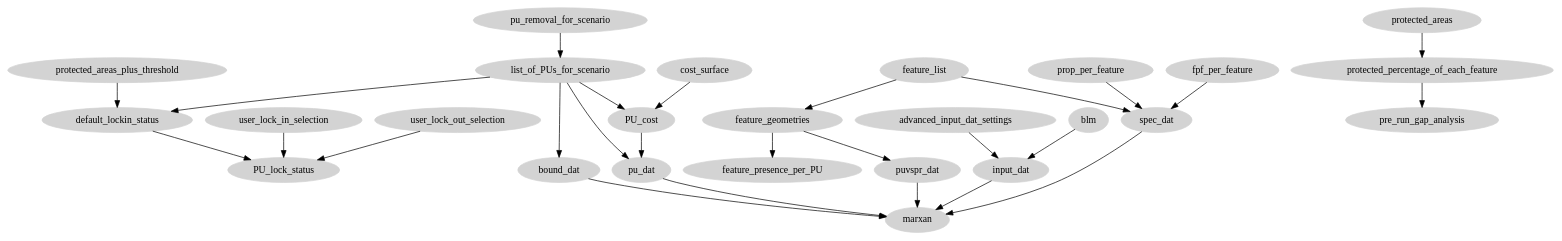
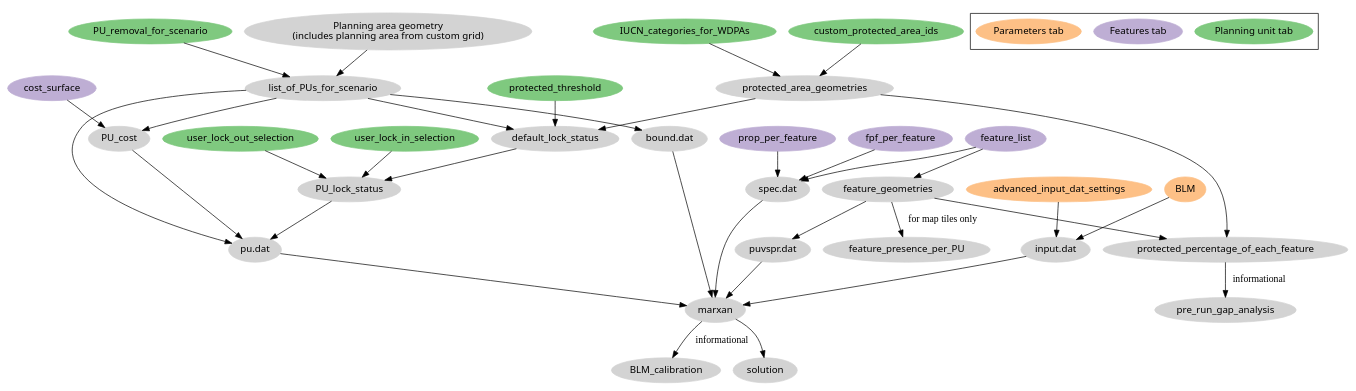
One commit to Vizzuality/marxan-cloud changed the diagram in data/notebooks/Lab/data-dependencies/current.dot. Above: the diagram before and after it, drawn with Graphviz.

Commit message:
add more details to/fix dependencies

```diff
--- a/data/notebooks/Lab/data-dependencies/current.dot
+++ b/data/notebooks/Lab/data-dependencies/current.dot
@@ -1,44 +1,85 @@
 digraph G {
-  node [style=filled; color=lightgrey;];
+  node [fontname=sans; style=filled; color=lightgrey;];
+  pu_dat [label="pu.dat"]
+  spec_dat [label="spec.dat"]
+  puvspr_dat [label="puvspr.dat"]
+  bound_dat [label="bound.dat"]
+  input_dat [label="input.dat"]
 
-  protected_areas_plus_threshold -> default_lockin_status // also PU protected status
-  protected_areas -> protected_percentage_of_each_feature
-  protected_percentage_of_each_feature -> pre_run_gap_analysis // check if is persisted
+  subgraph cluster_legend {
+    planning_unit_tab  [color="/accent7/1", label="Planning unit tab"]
+    features_tab  [color="/accent7/2", label="Features tab"]
+    parameters_tab  [color="/accent7/3", label="Parameters tab"]
+  }
+
+  subgraph marxan_flow {
+  user_lock_in_selection [color="/accent7/1"]
+  user_lock_out_selection [color="/accent7/1"]
+
+  IUCN_categories_for_WDPAs [color="/accent7/1"]
+  custom_protected_area_ids [color="/accent7/1"]
+  protected_threshold [color="/accent7/1"]
+  PU_removal_for_scenario [color="/accent7/1"]
+
+  cost_surface [color="/accent7/2"]
+  feature_list [color="/accent7/2"]
+  fpf_per_feature [color="/accent7/2"]
+  prop_per_feature [color="/accent7/2"]
+
+  advanced_input_dat_settings [color="/accent7/3"]
+  BLM [color="/accent7/3"]
+
+  IUCN_categories_for_WDPAs -> protected_area_geometries
+  custom_protected_area_ids -> protected_area_geometries
+
+  protected_area_geometries -> default_lock_status // also PU protected status
+  protected_threshold -> default_lock_status
+  list_of_PUs_for_scenario -> default_lock_status
+
+  protected_area_geometries -> protected_percentage_of_each_feature
+  // @check if this is persisted
+  protected_percentage_of_each_feature -> pre_run_gap_analysis [label="informational"]
 
   feature_list -> feature_geometries
   feature_geometries -> puvspr_dat
   feature_list -> spec_dat
   prop_per_feature -> spec_dat // @todo avoid geo recalculations
   fpf_per_feature -> spec_dat // @todo avoid geo recalculations
 
-  feature_geometries -> feature_presence_per_PU
+  feature_geometries -> feature_presence_per_PU [label="for map tiles only"]
+  feature_geometries -> protected_percentage_of_each_feature
 
-  default_lockin_status -> PU_lock_status
+  default_lock_status -> PU_lock_status
   user_lock_in_selection -> PU_lock_status
   user_lock_out_selection -> PU_lock_status
+  PU_lock_status -> pu_dat
 
-  pu_removal_for_scenario -> list_of_PUs_for_scenario
-
-  list_of_PUs_for_scenario -> default_lockin_status
+  planning_area_geometry [label="Planning area geometry\n(includes planning area from custom grid)"]
+  planning_area_geometry -> list_of_PUs_for_scenario
+  PU_removal_for_scenario -> list_of_PUs_for_scenario
 
   list_of_PUs_for_scenario -> PU_cost
 
   cost_surface -> PU_cost
 
   list_of_PUs_for_scenario -> bound_dat
   list_of_PUs_for_scenario -> pu_dat
   PU_cost -> pu_dat
 
   pu_dat -> marxan
   puvspr_dat -> marxan
   spec_dat -> marxan
   bound_dat -> marxan
-  blm -> input_dat
+  BLM -> input_dat
   input_dat -> marxan
   advanced_input_dat_settings -> input_dat
 
   // check
   // removal of PUs - at scenario level only?
   // (for us: treatment of scenarios with different sets of PUs when comparing 2 scenarios)
   // if allowing to remove PUs at scenario level, caching of pairwise boundary lengths needs to be rethought
+
+  marxan -> BLM_calibration [label="informational"]
+  marxan -> solution
+  }
 }
```
